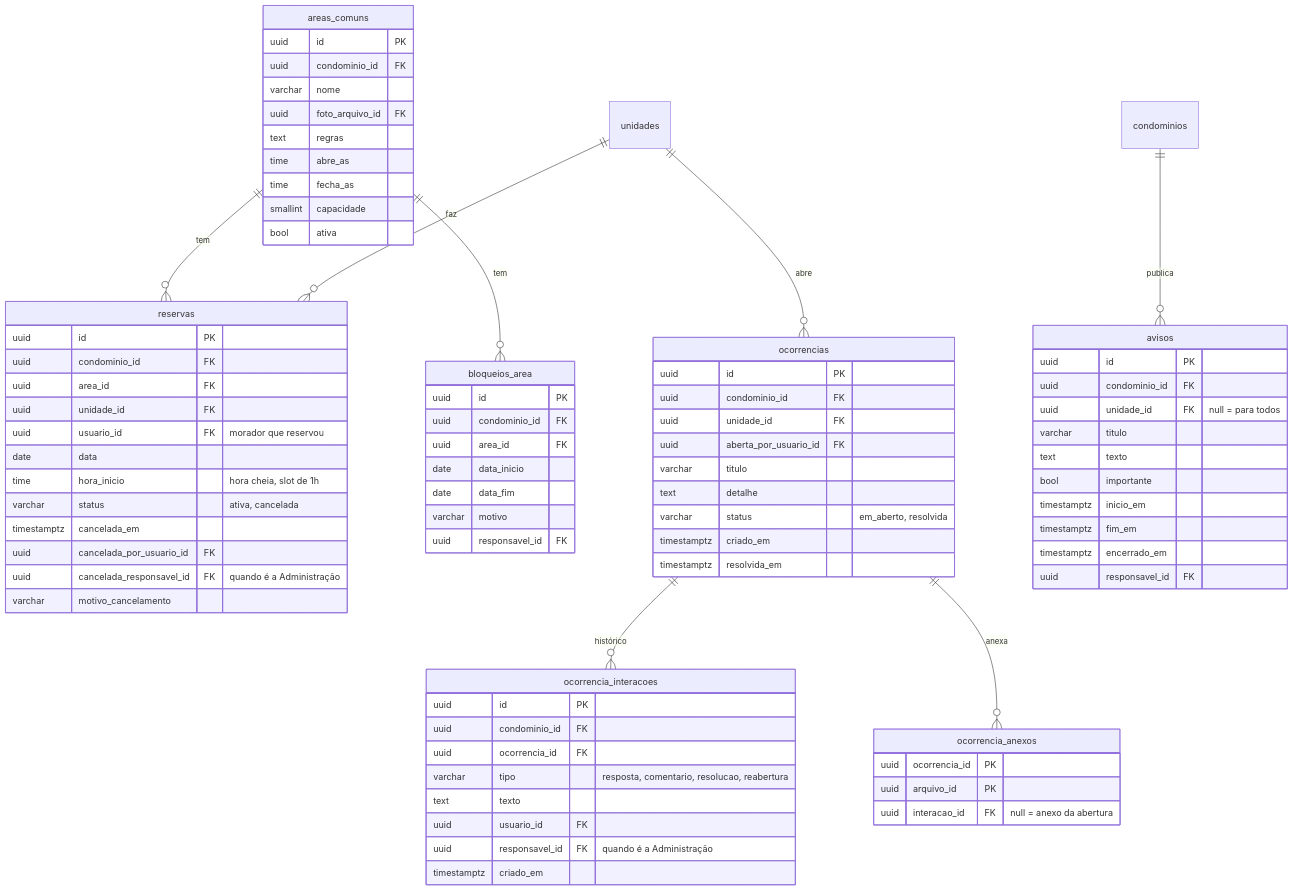
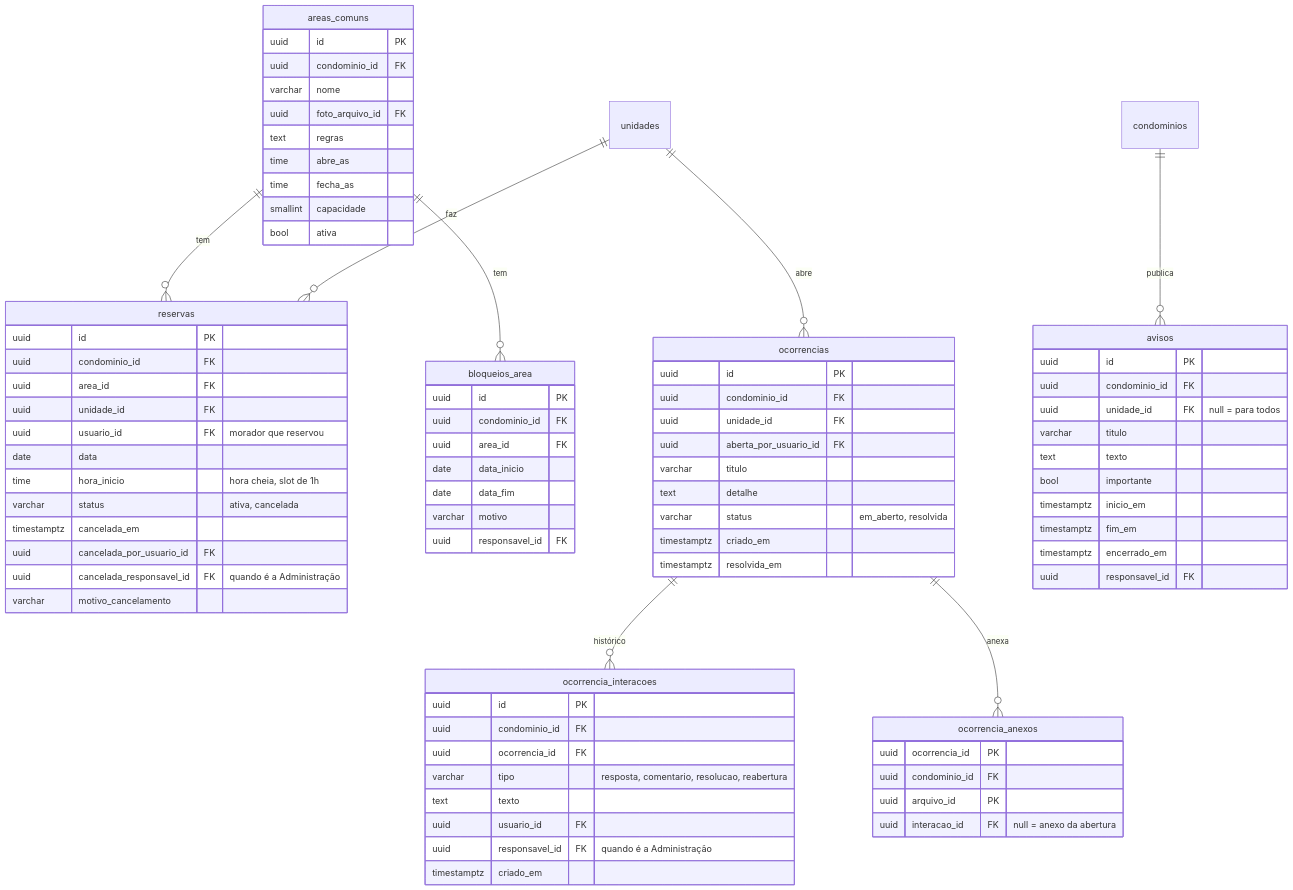
The fourth of 5 diagrams in docs/modelo-de-dados.md (Eduardocin/sistema-gestao-condominios), drawn with Mermaid before and after one commit. The commit also changed other lines of this file, not shown here.

Commit message:
docs(banco): corrige lacunas de condominio_id e regras do DER

```diff
--- a/docs/modelo-de-dados.md
+++ b/docs/modelo-de-dados.md
@@ -349,6 +350,7 @@
     }
     ocorrencia_anexos {
         uuid ocorrencia_id PK
+        uuid condominio_id FK
         uuid arquivo_id PK
         uuid interacao_id FK "null = anexo da abertura"
     }
```
